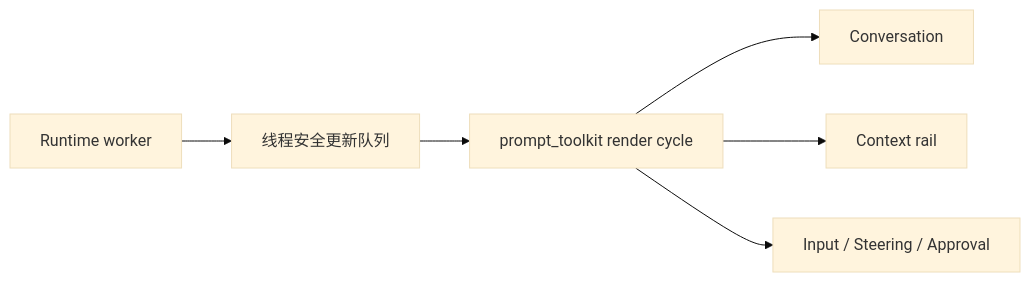
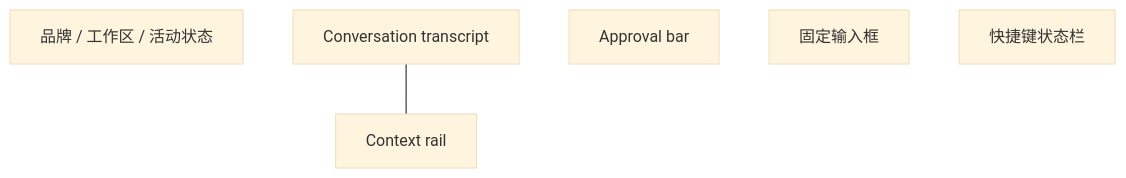
The second of 2 diagrams in assert/knowledge/06-events-and-tui.md (universero/InnoAgent), drawn with Mermaid (base theme) before and after one commit. The commit also changed other lines of this file and 11 other files, not shown here.

Commit message:
docs: document InnoAgent module architecture

````diff
--- a/assert/knowledge/06-events-and-tui.md
+++ b/assert/knowledge/06-events-and-tui.md
@@ -31,8 +127,8 @@
 ```mermaid
-flowchart LR
-    R[Runtime worker] --> Q[线程安全更新队列]
-    Q --> U[prompt_toolkit render cycle]
-    U --> C[Conversation]
-    U --> S[Context rail]
-    U --> I[Input / Steering / Approval]
+flowchart TB
+    Header[品牌 / 工作区 / 活动状态]
+    Body[Conversation transcript] --- Rail[Context rail]
+    Approval[Approval bar]
+    Input[固定输入框]
+    Status[快捷键状态栏]
 ```
````
